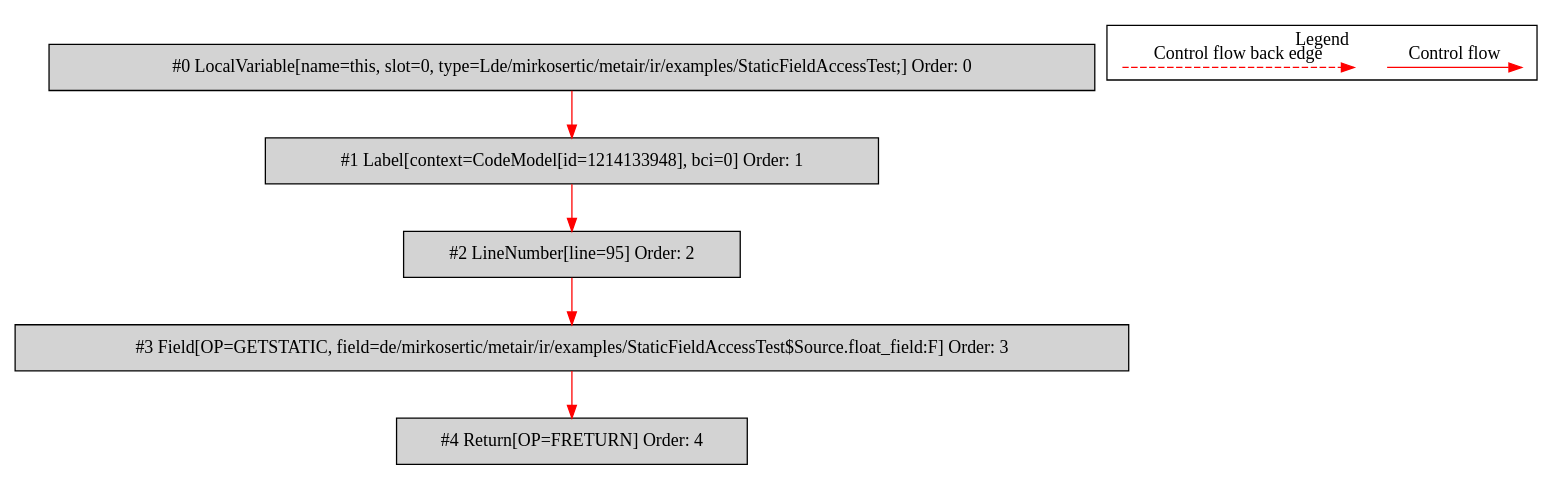
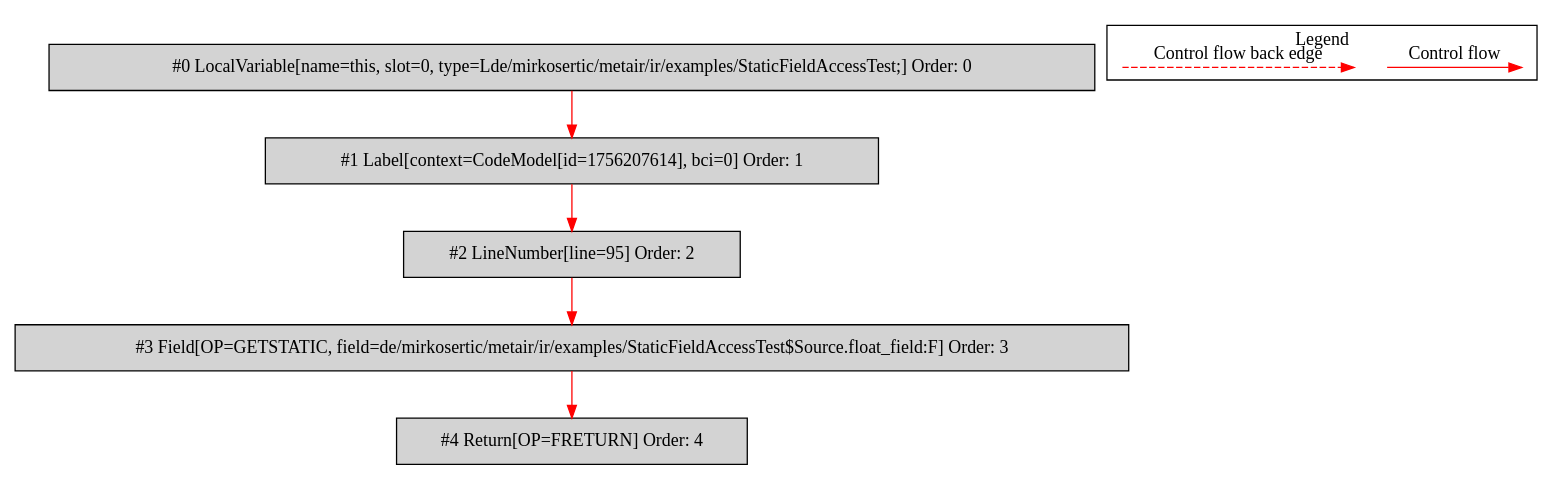
The diagram in de.mirkosertic.metair.ir.examples.StaticFieldAccessTest/return_float/bytecodecfg.dot (mirkosertic/MetaIR), drawn with Graphviz before and after one commit. The commit also changed 1507 other files, not shown here.

```diff
--- a/de.mirkosertic.metair.ir.examples.StaticFieldAccessTest/return_float/bytecodecfg.dot
+++ b/de.mirkosertic.metair.ir.examples.StaticFieldAccessTest/return_float/bytecodecfg.dot
@@ -1,26 +1,26 @@
 digraph {
  ordering="in";
  node0[label="#0 LocalVariable[name=this, slot=0, type=Lde/mirkosertic/metair/ir/examples/StaticFieldAccessTest;] Order: 0", shape=box, fillcolor=lightgrey, style=filled];
- node1[label="#1 Label[context=CodeModel[id=1214133948], bci=0] Order: 1", shape=box, fillcolor=lightgrey, style=filled];
+ node1[label="#1 Label[context=CodeModel[id=1756207614], bci=0] Order: 1", shape=box, fillcolor=lightgrey, style=filled];
  node2[label="#2 LineNumber[line=95] Order: 2", shape=box, fillcolor=lightgrey, style=filled];
  node3[label="#3 Field[OP=GETSTATIC, field=de/mirkosertic/metair/ir/examples/StaticFieldAccessTest$Source.float_field:F] Order: 3", shape=box, fillcolor=lightgrey, style=filled];
  node4[label="#4 Return[OP=FRETURN] Order: 4", shape=box, fillcolor=lightgrey, style=filled];
  node0 -> node1[color=red];
  node1 -> node2[color=red];
  node2 -> node3[color=red];
  node3 -> node4[color=red];
  subgraph cluster_000 {
   label = "Legend";
   node [shape=point]
   {
    rank=same;
    c0 [style = invis];
    c1 [style = invis];
    c2 [style = invis];
    c3 [style = invis];
   }
   c0 -> c1 [label="Control flow", style=solid, color=red]
   c2 -> c3 [label="Control flow back edge", style=dashed, color=red]
  }
 
 }
```
